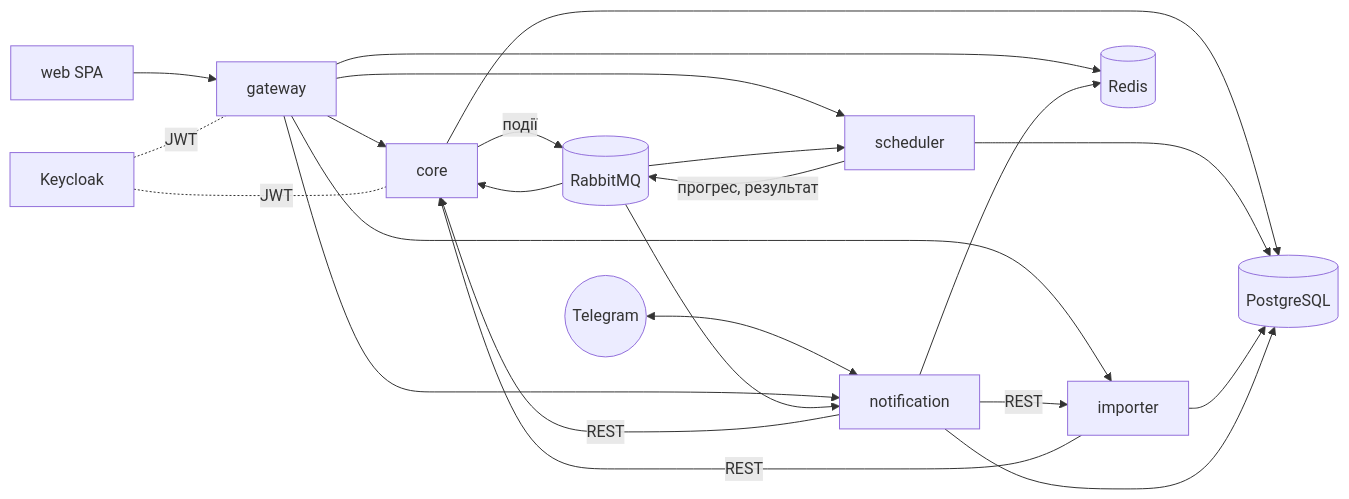
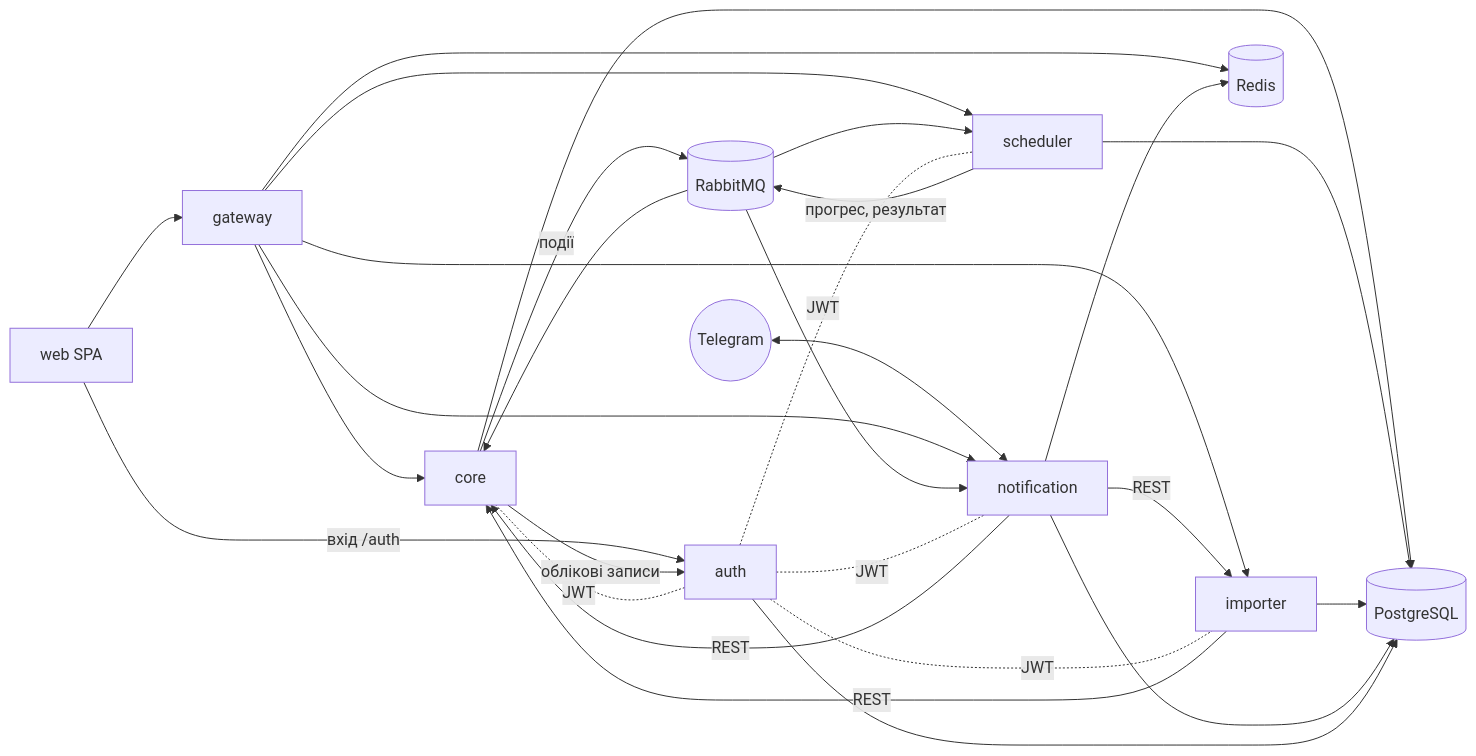
The diagram in README.md (dimazak2704/rozklad-vtfk), drawn with Mermaid before and after one commit. The commit also changed other lines of this file and 19 other files, not shown here.

````diff
--- a/README.md
+++ b/README.md
@@ -51,14 +52,17 @@
 ```mermaid
 flowchart LR
   web[web SPA] --> gw[gateway]
   bot((Telegram)) <--> notif[notification]
   gw --> core & sched[scheduler] & imp[importer] & notif
   core -- події --> mq[(RabbitMQ)]
   mq --> sched & notif
   sched -- прогрес, результат --> mq --> core
   imp -- REST --> core
   notif -- REST --> core & imp
   core & sched & imp & notif --> pg[(PostgreSQL)]
   gw & notif --> redis[(Redis)]
-  kc[Keycloak] -. JWT .- gw & core
+  web -- вхід /auth --> auth[auth]
+  core -- облікові записи --> auth
+  auth --> pg
+  auth -. JWT .- core & sched & imp & notif
 ```
````
